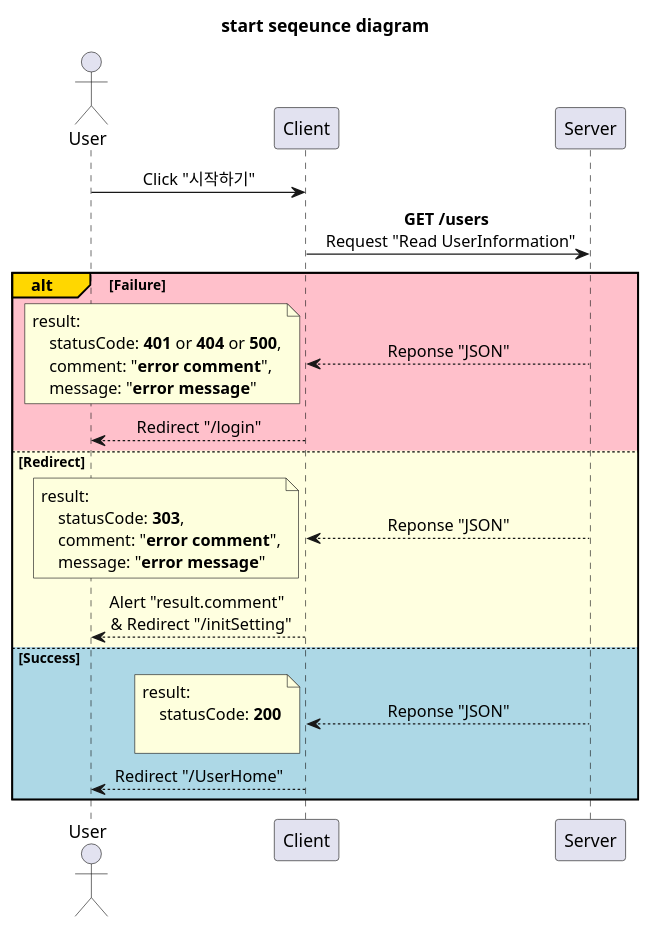
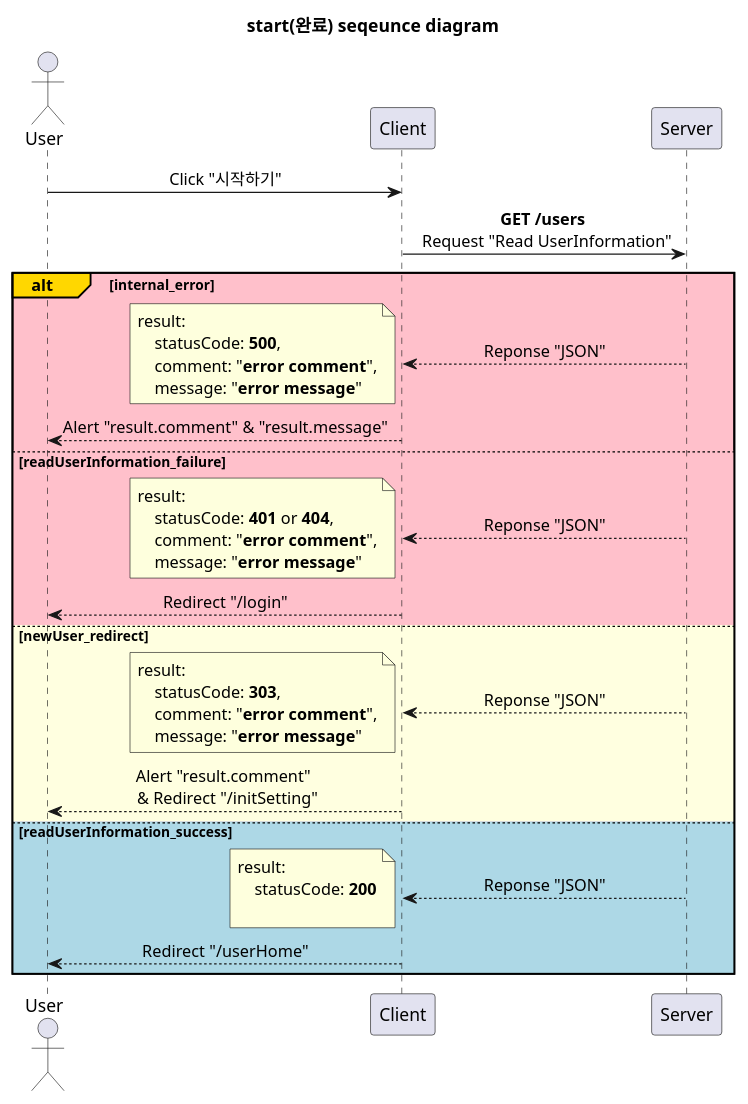
One commit to devSeungBin/SSCS changed the diagram in diagram/landing_page/start.puml. Above: the diagram before and after it, drawn with PlantUML. The commit also changed 12 other files, not shown here.

```diff
--- a/diagram/landing_page/start.puml
+++ b/diagram/landing_page/start.puml
@@ -1,47 +1,57 @@
-@startuml start
+@startuml start(완료)
 'http://localhost:3000/
 
-title start seqeunce diagram
+title start(완료) seqeunce diagram
 
 skinparam SequenceMessageAlignment center
 
 participant Server order 30
 participant Client order 20
 actor User order 10
 
 User -> Client: Click "시작하기"
 
 Client -> Server: **GET /users** \n Request "Read UserInformation"
 
-alt#Gold #Pink Failure
+alt#Gold #Pink internal_error
     Client <-- Server: Reponse "JSON"
     note left
         result:
-            statusCode: **401** or **404** or **500**,
+            statusCode: **500**,
+            comment: "**error comment**",
+            message: "**error message**"
+    end note
+    User <-- Client: Alert "result.comment" & "result.message"
+
+else #Pink readUserInformation_failure
+    Client <-- Server: Reponse "JSON"
+    note left
+        result:
+            statusCode: **401** or **404**,
             comment: "**error comment**",
             message: "**error message**"
     end note
     User <-- Client: Redirect "/login"
 
-else #LightYellow Redirect
+else #LightYellow newUser_redirect
     Client <-- Server: Reponse "JSON"
     note left
         result:
             statusCode: **303**,
             comment: "**error comment**",
             message: "**error message**"
     end note
     User <-- Client: Alert "result.comment" \n & Redirect "/initSetting"
 
-else #LightBlue Success
+else #LightBlue readUserInformation_success
     Client <-- Server: Reponse "JSON"
     note left
         result:
             statusCode: **200**
 
     end note
-    User <-- Client: Redirect "/UserHome"
+    User <-- Client: Redirect "/userHome"
 
 end
 
 @enduml
```
